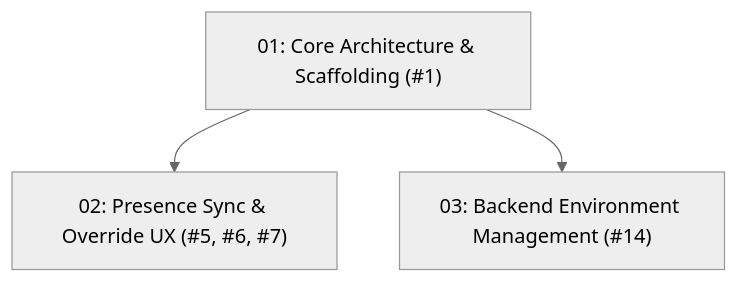
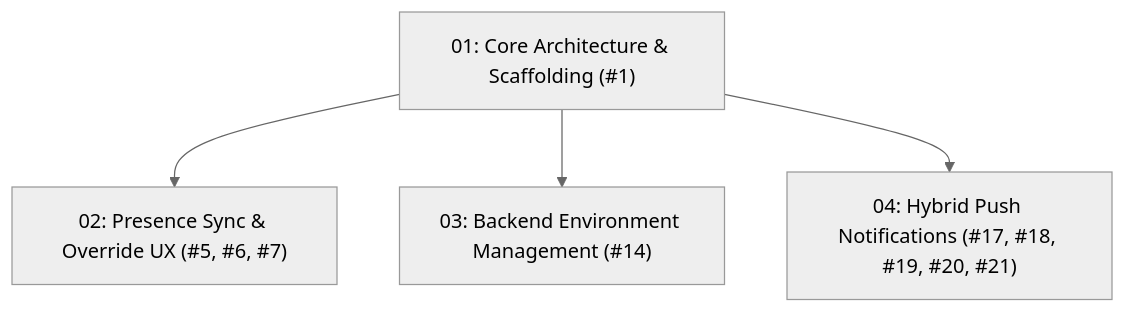
Before and after one commit to SuperBypassUdinnn/simkuliah-presence-monitor: the diagram in .planning/README.md, drawn with Mermaid (neutral theme). The commit also changed other lines of this file and 8 other files, not shown here.

````diff
--- a/.planning/README.md
+++ b/.planning/README.md
@@ -11,5 +11,6 @@
 ```mermaid
 graph TD
     P1["01: Core Architecture & Scaffolding (#1)"] --> P2["02: Presence Sync & Override UX (#5, #6, #7)"]
     P1 --> P3["03: Backend Environment Management (#14)"]
+    P1 --> P4["04: Hybrid Push Notifications (#17, #18, #19, #20, #21)"]
 ```
````
